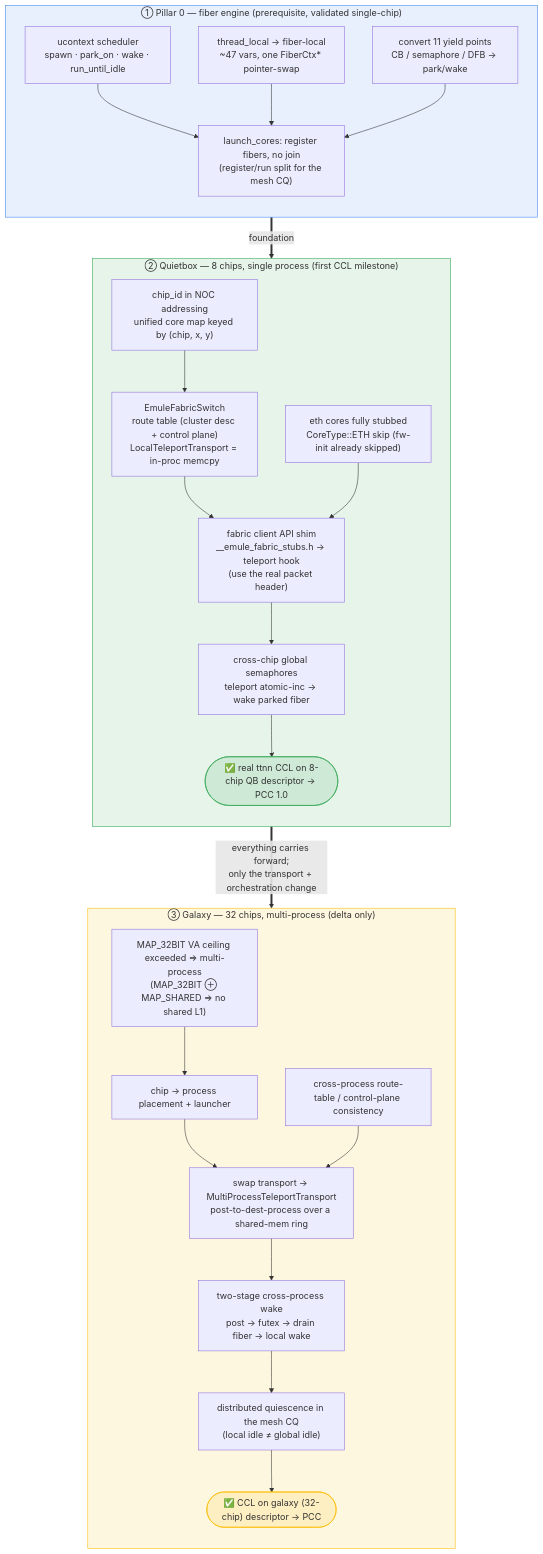
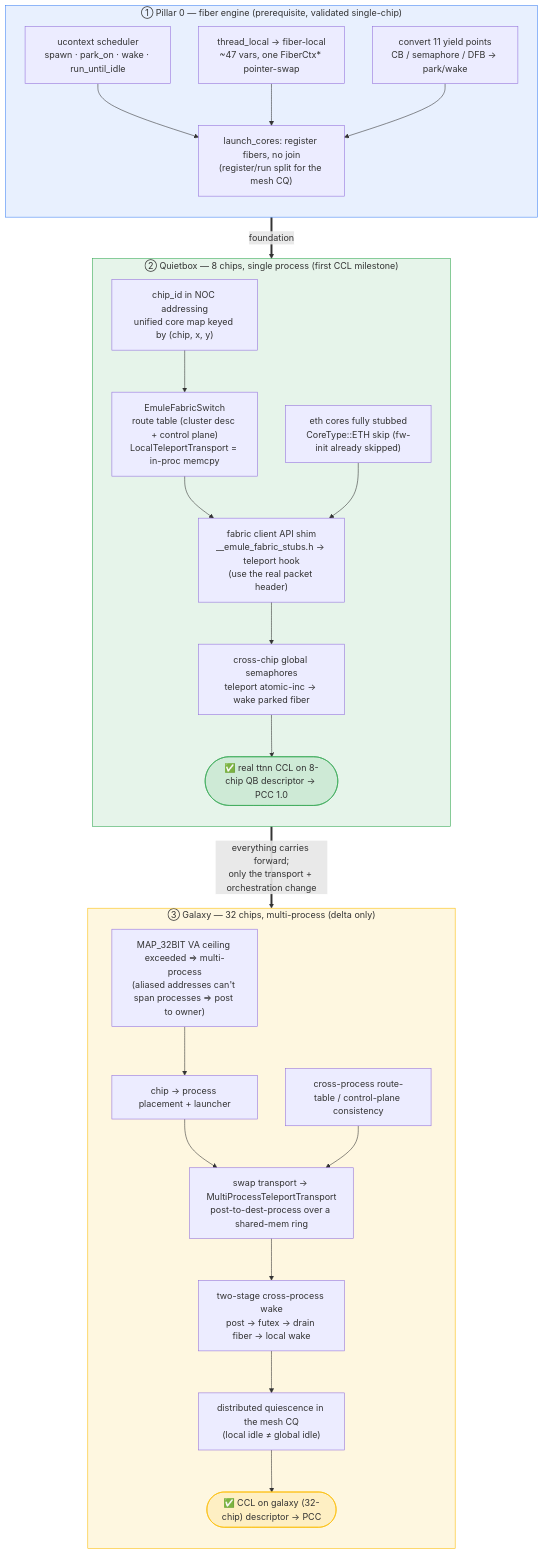
The diagram in docs/multichip/README.md (tenstorrent/tt-emule), drawn with Mermaid before and after one commit. The commit also changed 2 other files, not shown here.

Commit message:
docs(multichip): correct the MAP_32BIT/MAP_SHARED multi-process rationale
The docs claimed MAP_32BIT is incompatible with MAP_SHARED (mmap EINVAL).
Verified empirically that this is false: MAP_32BIT combines with MAP_SHARED
(including a cross-process shm_open segment) and is placed in the low 2 GB.

Replace the false reason with the correct first-principles one: the aliasing
identity (uint32_t == host pointer) is a single-2GB-address-space construct;
all chips' aliased addresses cannot coexist in 2 GB past ~8 chips, so a remote
process cannot hold a remote chip at its canonical address -> cross-process
delivery must post to the owning process. The design conclusion (post-to-dest
message ring) is unchanged.

Also soften an unverified TSAN-shadow-vs-MAP_32BIT note in pillar0 §5.7
(would -> could).

````diff
--- a/docs/multichip/README.md
+++ b/docs/multichip/README.md
@@ -48,49 +48,49 @@
 ```mermaid
 flowchart TB
     subgraph P0["① Pillar 0 — fiber engine (prerequisite, validated single-chip)"]
         direction TB
         P0a["ucontext scheduler<br/>spawn · park_on · wake · run_until_idle"]
         P0b["thread_local → fiber-local<br/>~47 vars, one FiberCtx* pointer-swap"]
         P0c["convert 11 yield points<br/>CB / semaphore / DFB → park/wake"]
         P0d["launch_cores: register fibers, no join<br/>(register/run split for the mesh CQ)"]
         P0a --> P0d
         P0b --> P0d
         P0c --> P0d
     end
 
     subgraph QB["② Quietbox — 8 chips, single process (first CCL milestone)"]
         direction TB
         Q1["chip_id in NOC addressing<br/>unified core map keyed by (chip, x, y)"]
         Q4["eth cores fully stubbed<br/>CoreType::ETH skip (fw-init already skipped)"]
         Q2["EmuleFabricSwitch<br/>route table (cluster desc + control plane)<br/>LocalTeleportTransport = in-proc memcpy"]
         Q3["fabric client API shim<br/>__emule_fabric_stubs.h → teleport hook<br/>(use the real packet header)"]
         Q5["cross-chip global semaphores<br/>teleport atomic-inc → wake parked fiber"]
         Q1 --> Q2 --> Q3 --> Q5
         Q4 --> Q3
         QGOAL(["✅ real ttnn CCL on 8-chip QB descriptor → PCC 1.0"])
         Q5 --> QGOAL
     end
 
     subgraph GX["③ Galaxy — 32 chips, multi-process (delta only)"]
         direction TB
-        G0["MAP_32BIT VA ceiling exceeded ⇒ multi-process<br/>(MAP_32BIT ⊕ MAP_SHARED ⇒ no shared L1)"]
+        G0["MAP_32BIT VA ceiling exceeded ⇒ multi-process<br/>(aliased addresses can't span processes ⇒ post to owner)"]
         G1["chip → process placement + launcher"]
         G3["cross-process route-table / control-plane consistency"]
         G2["swap transport → MultiProcessTeleportTransport<br/>post-to-dest-process over a shared-mem ring"]
         G4["two-stage cross-process wake<br/>post → futex → drain fiber → local wake"]
         G5["distributed quiescence in the mesh CQ<br/>(local idle ≠ global idle)"]
         G0 --> G1 --> G2 --> G4 --> G5
         G3 --> G2
         GGOAL(["✅ CCL on galaxy (32-chip) descriptor → PCC"])
         G5 --> GGOAL
     end
 
     P0 ==>|"foundation"| QB
     QGOAL ==>|"everything carries forward;<br/>only the transport + orchestration change"| GX
 
     style P0 fill:#e8f0fe,stroke:#4285f4
     style QB fill:#e6f4ea,stroke:#34a853
     style GX fill:#fef7e0,stroke:#fbbc04
     style QGOAL fill:#ceead6,stroke:#34a853
     style GGOAL fill:#feefc3,stroke:#fbbc04
 ```
````
